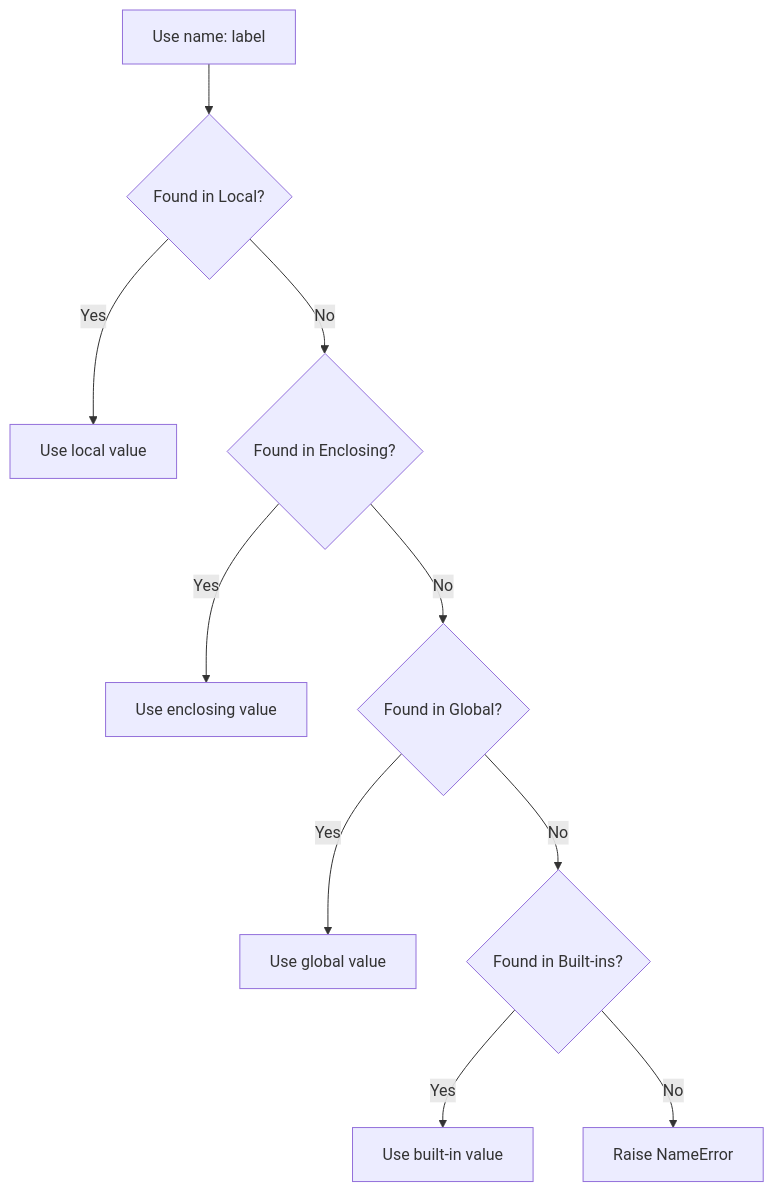
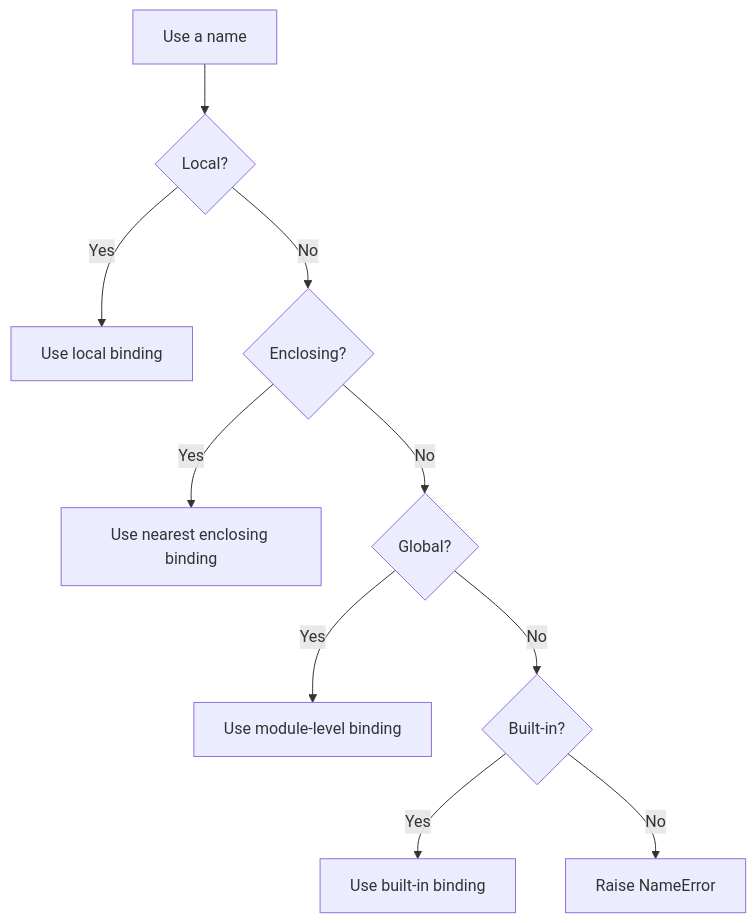
The first of 3 diagrams in src/content/python/closures-scope-legb.md (AvadhBhalodiya/Interview-Preparation), drawn with Mermaid before and after one commit. The commit also changed other lines of this file and 80 other files, not shown here.

````diff
--- a/src/content/python/closures-scope-legb.md
+++ b/src/content/python/closures-scope-legb.md
@@ -21,12 +77,12 @@
 ```mermaid
 flowchart TD
-    A[Use name: label] --> B{Found in Local?}
-    B -- Yes --> L[Use local value]
-    B -- No --> C{Found in Enclosing?}
-    C -- Yes --> E[Use enclosing value]
-    C -- No --> D{Found in Global?}
-    D -- Yes --> G[Use global value]
-    D -- No --> F{Found in Built-ins?}
-    F -- Yes --> BI[Use built-in value]
-    F -- No --> N[Raise NameError]
+    A[Use a name] --> L{Local?}
+    L -- Yes --> LV[Use local binding]
+    L -- No --> E{Enclosing?}
+    E -- Yes --> EV[Use nearest enclosing binding]
+    E -- No --> G{Global?}
+    G -- Yes --> GV[Use module-level binding]
+    G -- No --> B{Built-in?}
+    B -- Yes --> BV[Use built-in binding]
+    B -- No --> N[Raise NameError]
 ```
````
